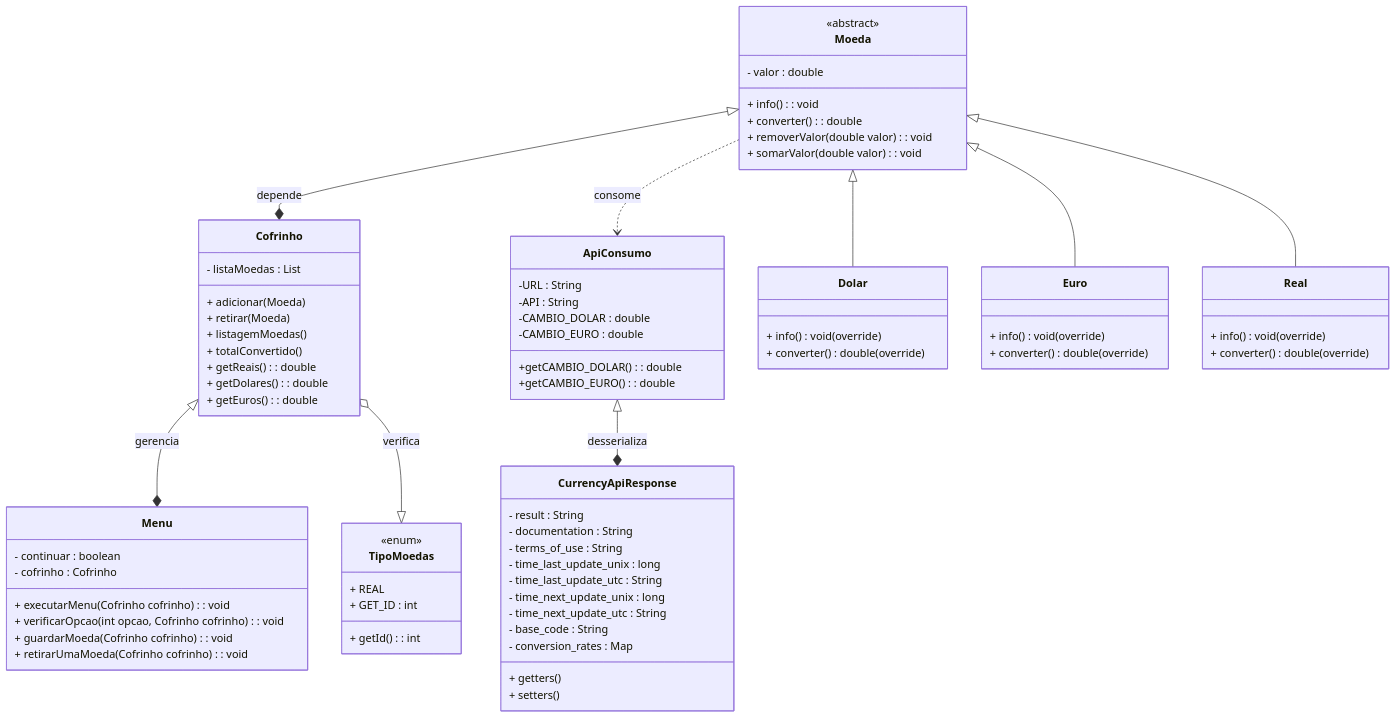
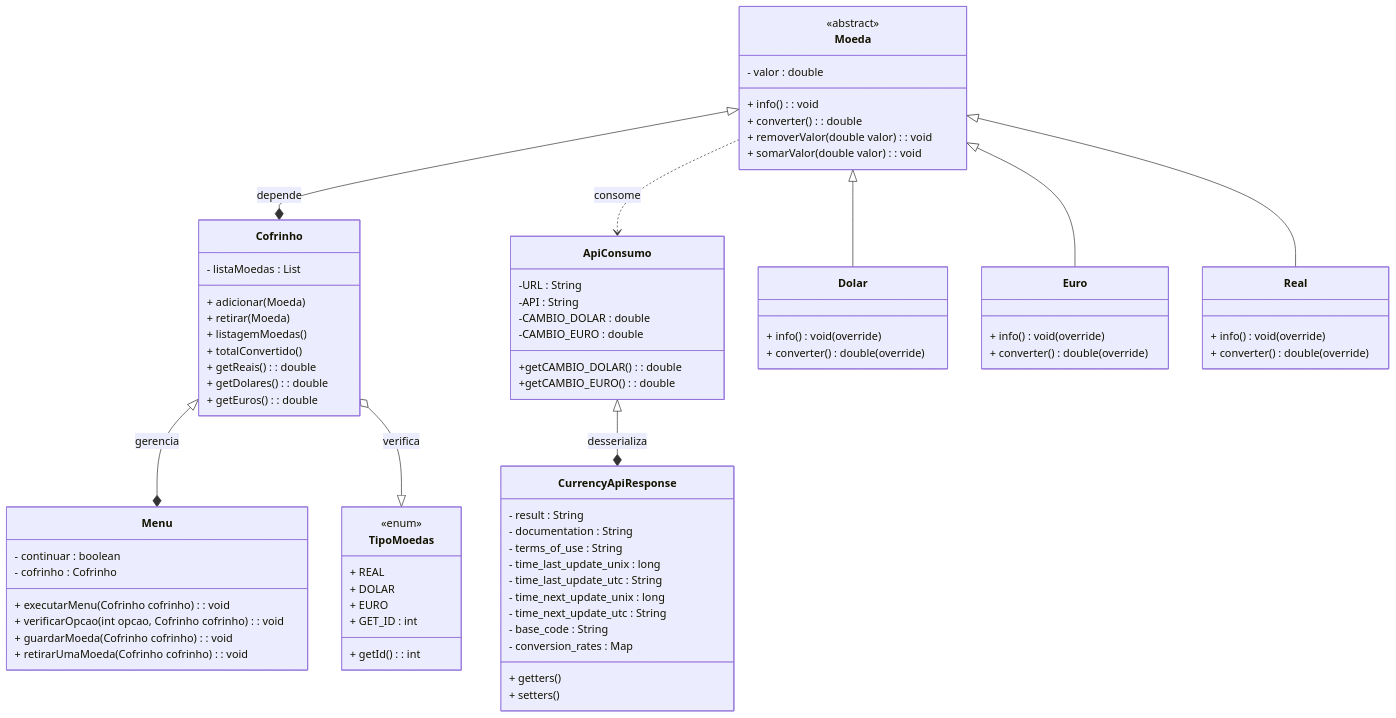
One commit to Luc033/CofrinhoTrabalho changed the diagram in README.md. Above: the diagram before and after it, drawn with Mermaid.

```diff
--- a/README.md
+++ b/README.md
@@ -140,6 +140,8 @@
    class TipoMoedas{
       <<enum>>
       + REAL
+      + DOLAR
+      + EURO
       + GET_ID : int
       + getId() : int
    }
```
